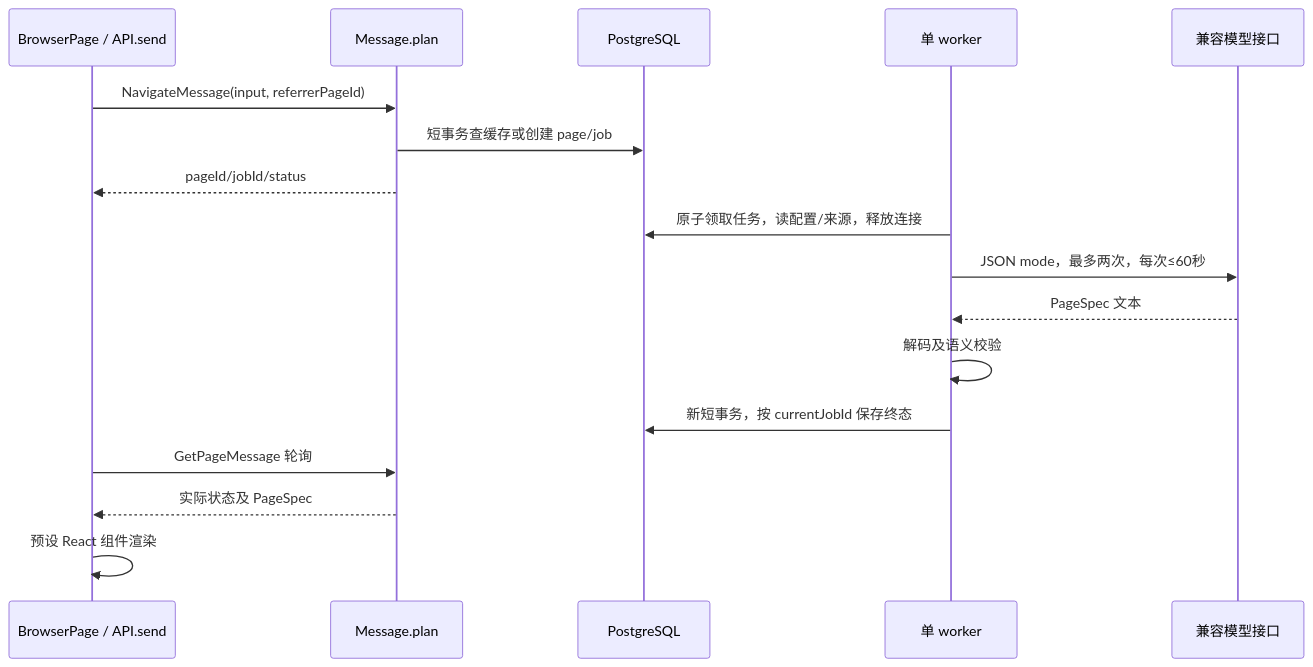
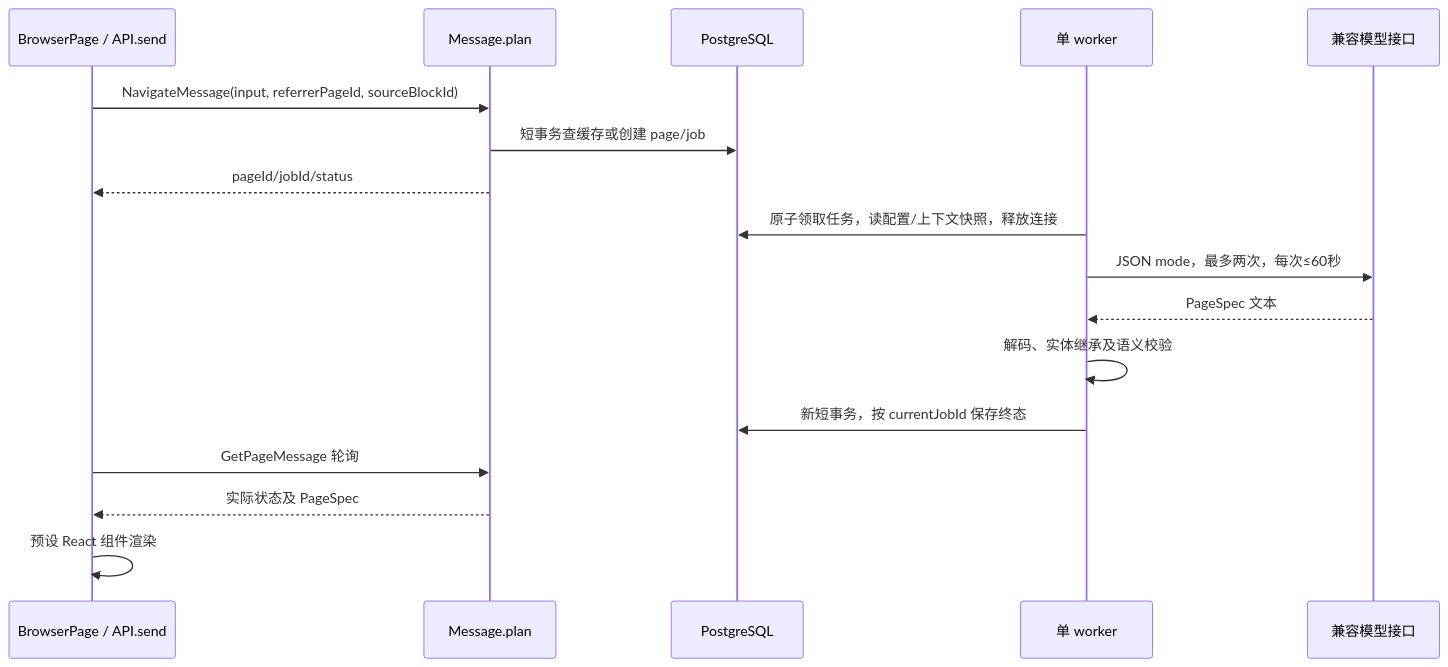
Before and after one commit to 666DHG/vibrowser: the first of 2 diagrams in docs/ARCHITECTURE.md, drawn with Mermaid. The commit also changed other lines of this file and 24 other files, not shown here.

````diff
--- a/docs/ARCHITECTURE.md
+++ b/docs/ARCHITECTURE.md
@@ -42,19 +44,19 @@
 ```mermaid
 sequenceDiagram
     participant UI as BrowserPage / API.send
     participant API as Message.plan
     participant DB as PostgreSQL
     participant W as 单 worker
     participant AI as 兼容模型接口
-    UI->>API: NavigateMessage(input, referrerPageId)
+    UI->>API: NavigateMessage(input, referrerPageId, sourceBlockId)
     API->>DB: 短事务查缓存或创建 page/job
     API-->>UI: pageId/jobId/status
-    W->>DB: 原子领取任务，读配置/来源，释放连接
+    W->>DB: 原子领取任务，读配置/上下文快照，释放连接
     W->>AI: JSON mode，最多两次，每次≤60秒
     AI-->>W: PageSpec 文本
-    W->>W: 解码及语义校验
+    W->>W: 解码、实体继承及语义校验
     W->>DB: 新短事务，按 currentJobId 保存终态
     UI->>API: GetPageMessage 轮询
     API-->>UI: 实际状态及 PageSpec
     UI->>UI: 预设 React 组件渲染
 ```
````
